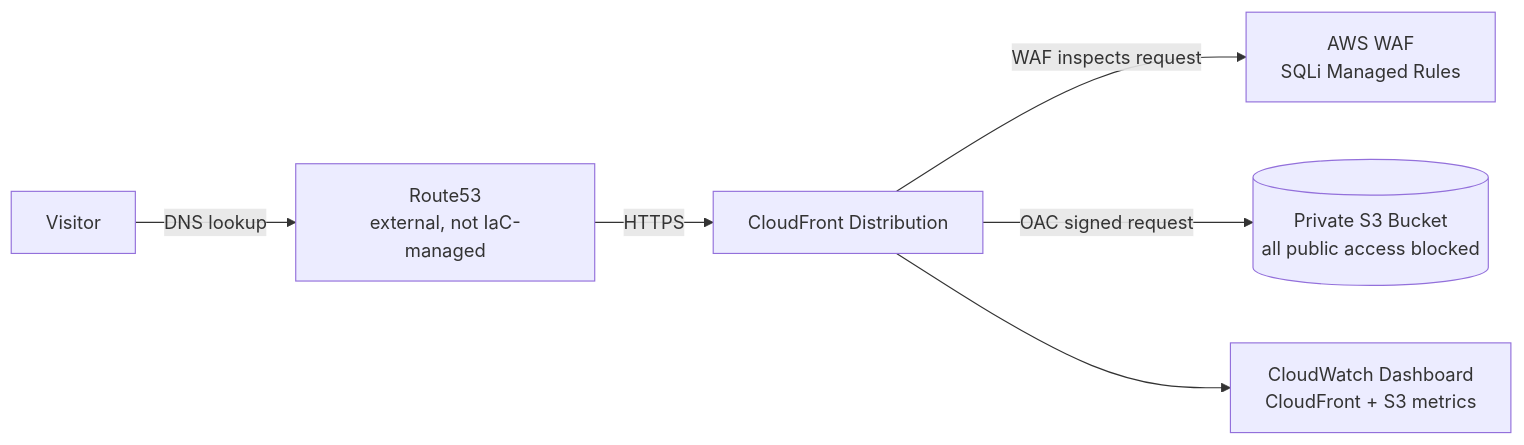
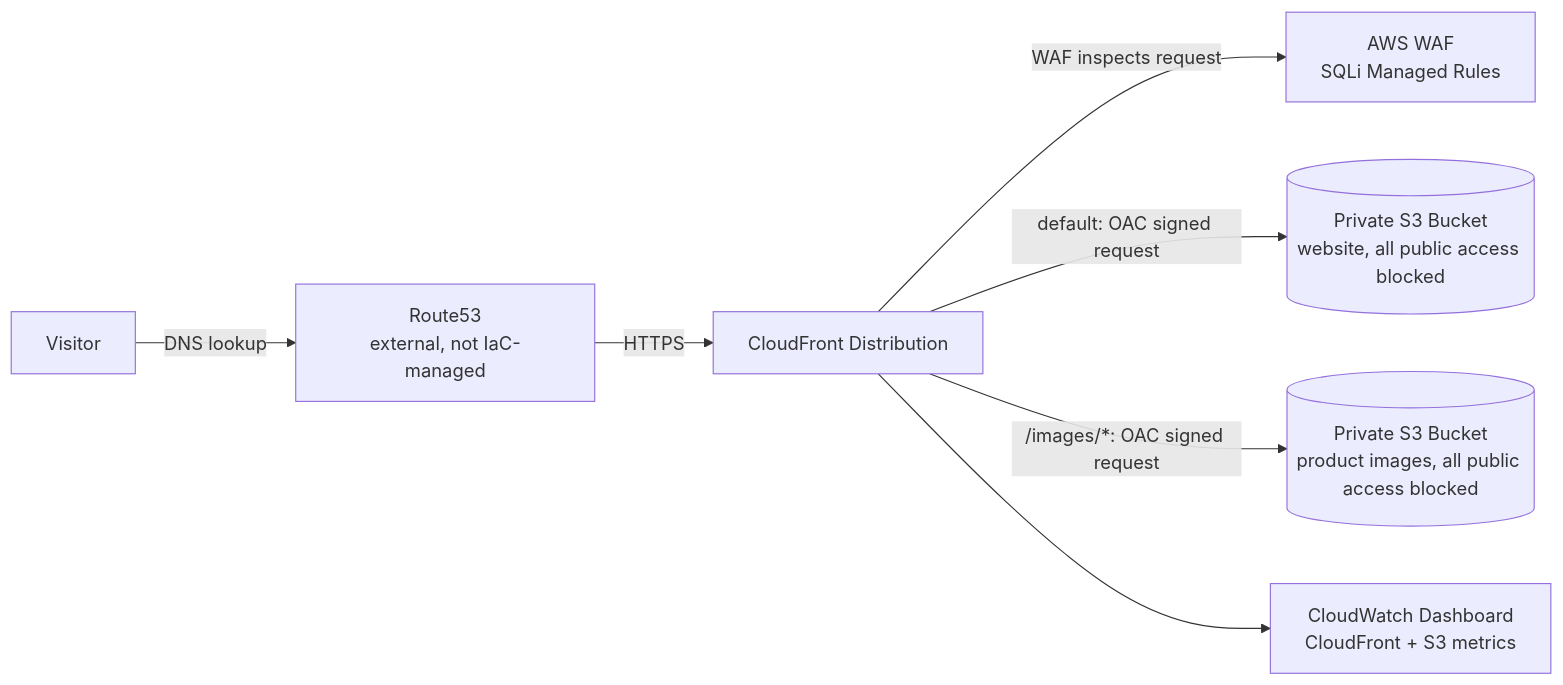
The first of 2 diagrams in README.md (bdahiya2007/secure-static-website-aws), drawn with Mermaid before and after one commit. The commit also changed other lines of this file and 17 other files, not shown here.

First line of the commit message:
Add dedicated S3 bucket + CloudFront origin for product images

````diff
--- a/README.md
+++ b/README.md
@@ -20,8 +20,9 @@
 ```mermaid
 flowchart LR
     Visitor -->|DNS lookup| Route53[Route53<br/>external, not IaC-managed]
     Route53 -->|HTTPS| CloudFront[CloudFront Distribution]
     CloudFront -->|WAF inspects request| WAF[AWS WAF<br/>SQLi Managed Rules]
-    CloudFront -->|OAC signed request| S3[(Private S3 Bucket<br/>all public access blocked)]
+    CloudFront -->|"default: OAC signed request"| S3[(Private S3 Bucket<br/>website, all public access blocked)]
+    CloudFront -->|"/images/*: OAC signed request"| S3Images[(Private S3 Bucket<br/>product images, all public access blocked)]
     CloudFront --> CW[CloudWatch Dashboard<br/>CloudFront + S3 metrics]
 ```
````
